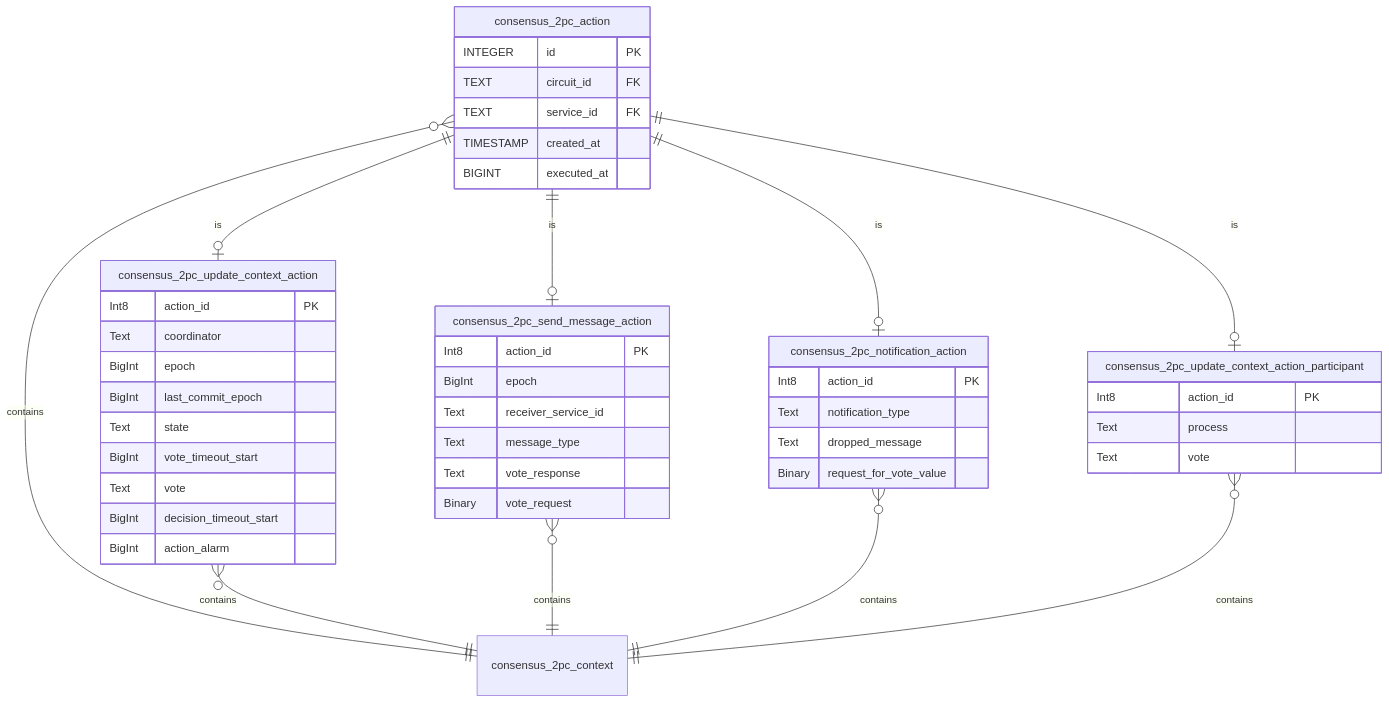
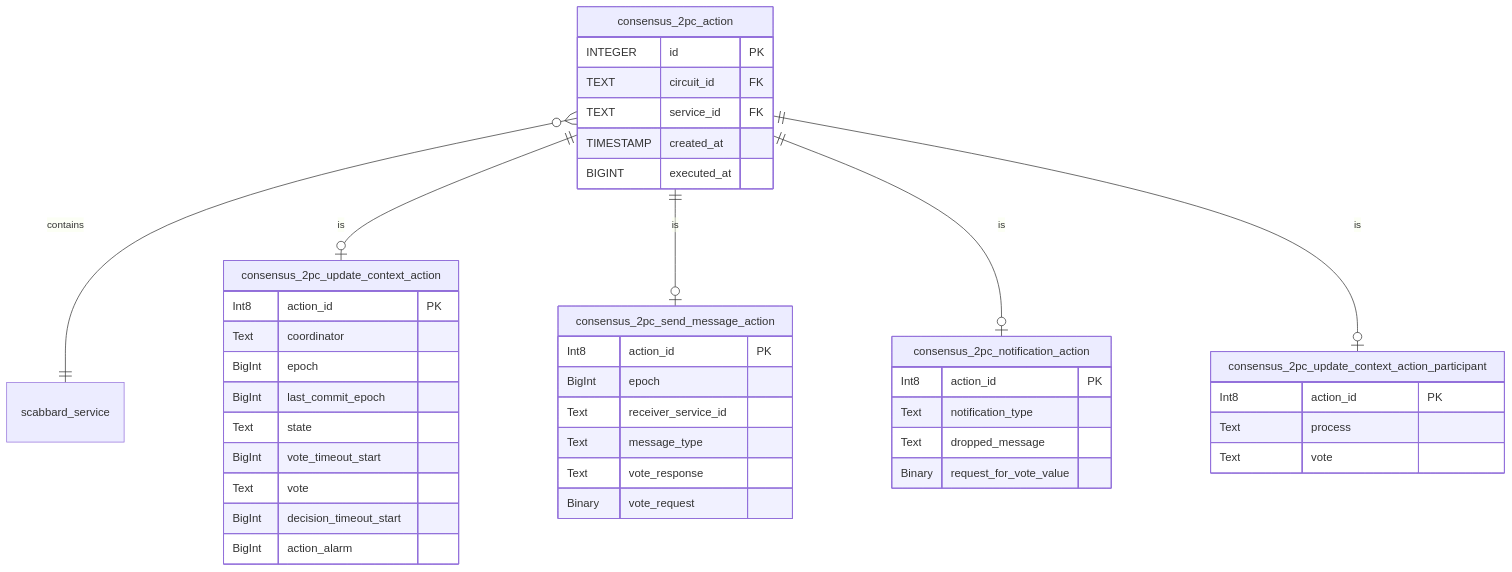
Before and after one commit to Cargill/splinter-docs: the third of 4 diagrams in community/planning/splinter_v0.7_database.md, drawn with Mermaid. The commit also changed other lines of this file, not shown here.

First line of the commit message:
Update database doc - add scabbard_service fks

```diff
--- a/community/planning/splinter_v0.7_database.md
+++ b/community/planning/splinter_v0.7_database.md
@@ -220,58 +220,52 @@
 <div class="mermaid">
 erDiagram
-    consensus_2pc_context {}
-
     consensus_2pc_action {
         INTEGER id PK
         TEXT circuit_id FK
         TEXT service_id FK
         TIMESTAMP created_at
         BIGINT executed_at
     }
-    consensus_2pc_action }o--|| consensus_2pc_context: contains
+    consensus_2pc_action }o--|| scabbard_service: contains
 
     consensus_2pc_update_context_action {
         Int8 action_id PK
         Text coordinator
         BigInt epoch
         BigInt last_commit_epoch
         Text state
         BigInt vote_timeout_start
         Text vote
         BigInt decision_timeout_start
         BigInt action_alarm
     }
     consensus_2pc_action ||--o| consensus_2pc_update_context_action: is
-    consensus_2pc_update_context_action }o--|| consensus_2pc_context: contains
 
     consensus_2pc_send_message_action {
         Int8 action_id PK
         BigInt epoch
         Text receiver_service_id
         Text message_type
         Text vote_response
         Binary vote_request
     }
 
     consensus_2pc_action ||--o| consensus_2pc_send_message_action: is
-    consensus_2pc_send_message_action }o--|| consensus_2pc_context: contains
 
     consensus_2pc_notification_action {
         Int8 action_id PK
         Text notification_type
         Text dropped_message
         Binary request_for_vote_value
     }
 
     consensus_2pc_action ||--o| consensus_2pc_notification_action: is
-    consensus_2pc_notification_action }o--|| consensus_2pc_context: contains
 
     consensus_2pc_update_context_action_participant {
         Int8 action_id PK
         Text process
         Text vote
     }
 
 consensus_2pc_action ||--o| consensus_2pc_update_context_action_participant: is
-consensus_2pc_update_context_action_participant }o--|| consensus_2pc_context: contains
 </div>
```
